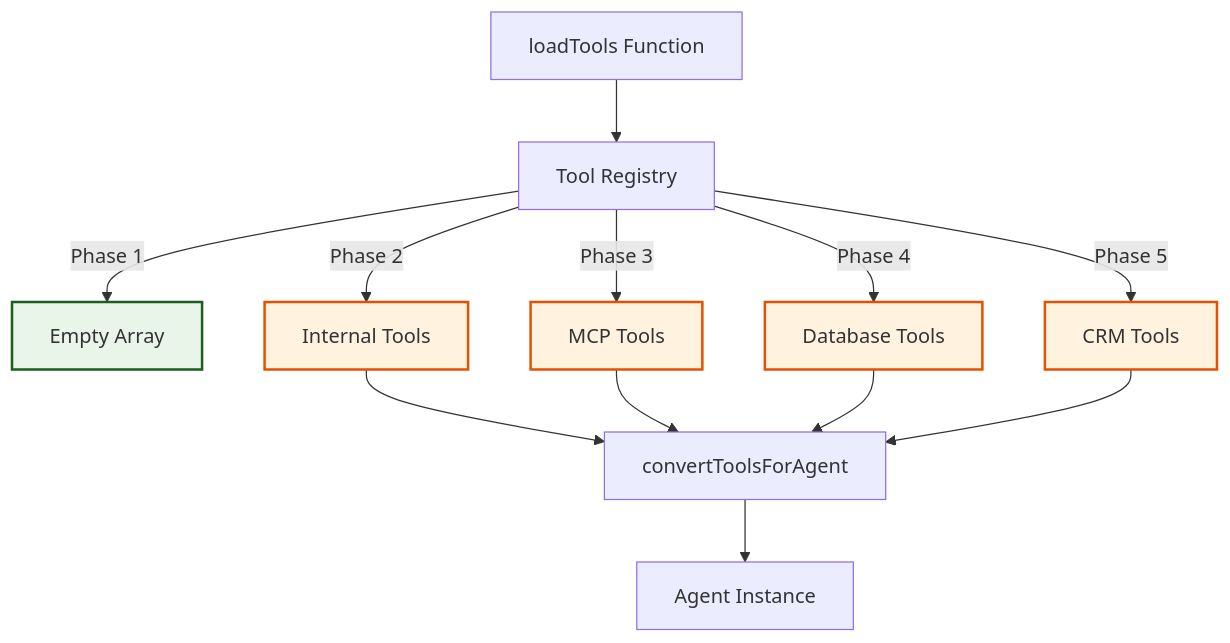
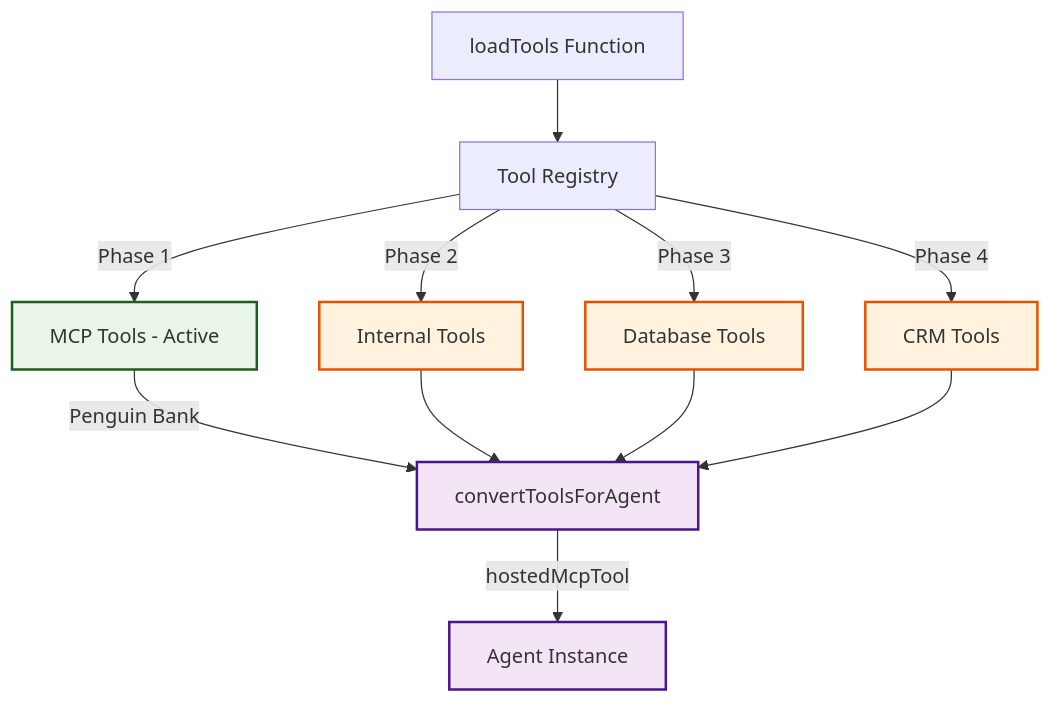
The second of 2 diagrams in AGENT_ARCHITECTURE.md (dudgeon/waddle-demo), drawn with Mermaid before and after one commit. The commit also changed other lines of this file and 3 other files, not shown here.

First line of the commit message:
feat: implement proper MCP tool discovery and conversation history

````diff
--- a/AGENT_ARCHITECTURE.md
+++ b/AGENT_ARCHITECTURE.md
@@ -620,22 +626,22 @@
 ```mermaid
 graph TB
     LOAD[loadTools Function] --> REG[Tool Registry]
-    REG --> |Phase 1| EMPTY[Empty Array]
+    REG --> |Phase 1| MCP[MCP Tools - Active]
     REG --> |Phase 2| INTERNAL[Internal Tools]
-    REG --> |Phase 3| MCP[MCP Tools]
-    REG --> |Phase 4| DB[Database Tools]
-    REG --> |Phase 5| CRM[CRM Tools]
+    REG --> |Phase 3| DB[Database Tools]
+    REG --> |Phase 4| CRM[CRM Tools]
     
-    INTERNAL --> CONVERT[convertToolsForAgent]
-    MCP --> CONVERT
+    MCP --> |Penguin Bank| CONVERT[convertToolsForAgent]
+    INTERNAL --> CONVERT
     DB --> CONVERT
     CRM --> CONVERT
-    CONVERT --> AGENT[Agent Instance]
+    CONVERT --> |hostedMcpTool| AGENT[Agent Instance]
     
-    classDef phase fill:#f3e5f5,stroke:#4a148c,stroke-width:2px
-    classDef ready fill:#e8f5e8,stroke:#1b5e20,stroke-width:2px
+    classDef active fill:#e8f5e8,stroke:#1b5e20,stroke-width:2px
     classDef pending fill:#fff3e0,stroke:#e65100,stroke-width:2px
+    classDef tool fill:#f3e5f5,stroke:#4a148c,stroke-width:2px
     
-    class EMPTY ready
-    class INTERNAL,MCP,DB,CRM pending
+    class MCP active
+    class INTERNAL,DB,CRM pending
+    class CONVERT,AGENT tool
 ```
````
